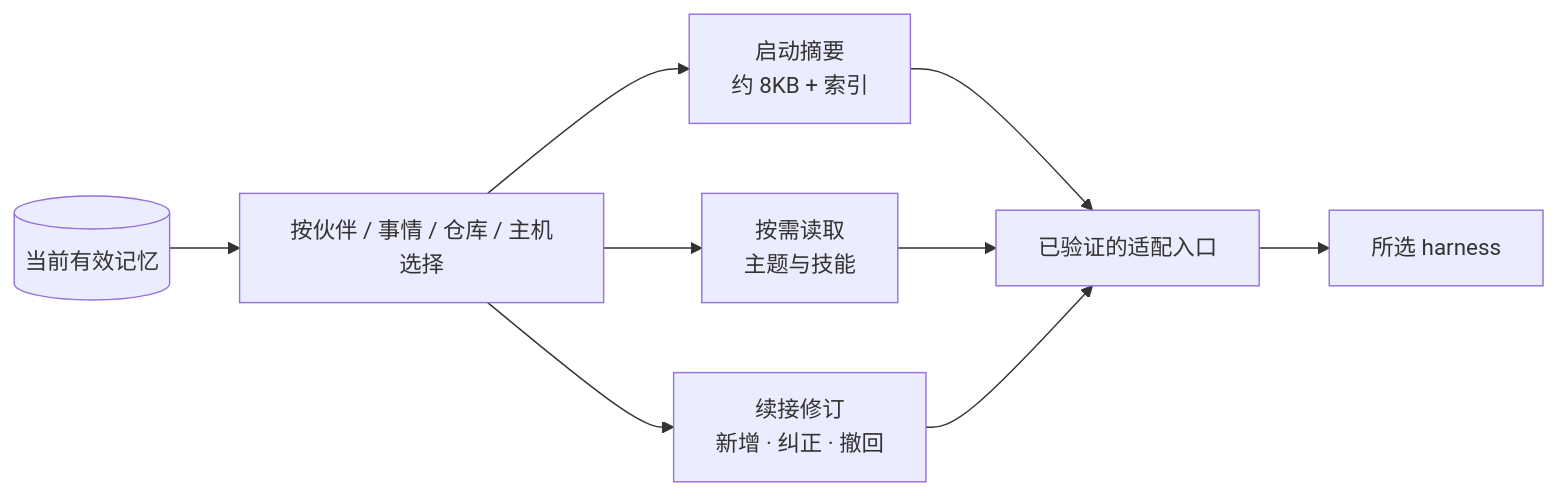
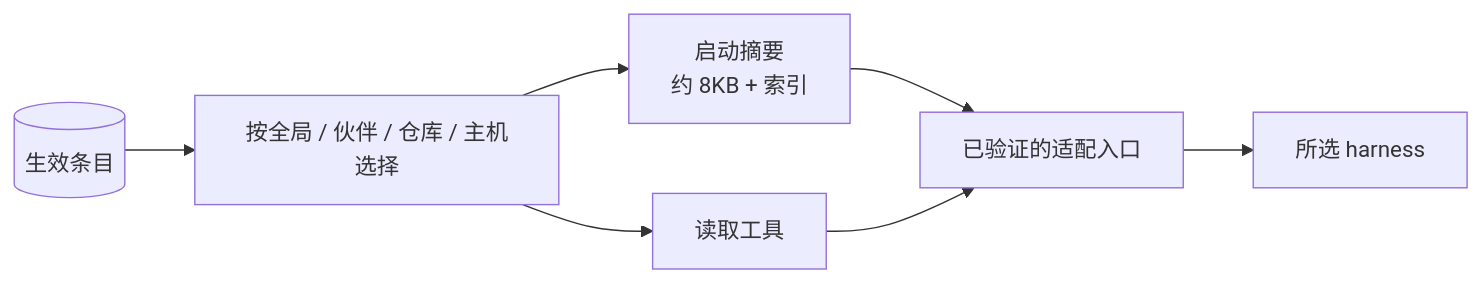
The third of 3 diagrams in docs/design/0016-growth-memory.md (yangflow/hoplet), drawn with Mermaid before and after one commit. The commit also changed other lines of this file and 2 other files, not shown here.

First line of the commit message:
docs(memory): design the first phase of growth memory

````diff
--- a/docs/design/0016-growth-memory.md
+++ b/docs/design/0016-growth-memory.md
@@ -136,11 +176,9 @@
 ```mermaid
 flowchart LR
-    Memory[("当前有效记忆")] --> Scope["按伙伴 / 事情 / 仓库 / 主机选择"]
+    Memory[("生效条目")] --> Scope["按全局 / 伙伴 / 仓库 / 主机选择"]
     Scope --> Boot["启动摘要<br/>约 8KB + 索引"]
-    Scope --> Read["按需读取<br/>主题与技能"]
-    Scope --> Delta["续接修订<br/>新增 · 纠正 · 撤回"]
+    Scope --> Read["读取工具"]
     Boot --> Adapter["已验证的适配入口"]
     Read --> Adapter
-    Delta --> Adapter
     Adapter --> H["所选 harness"]
 ```
````
